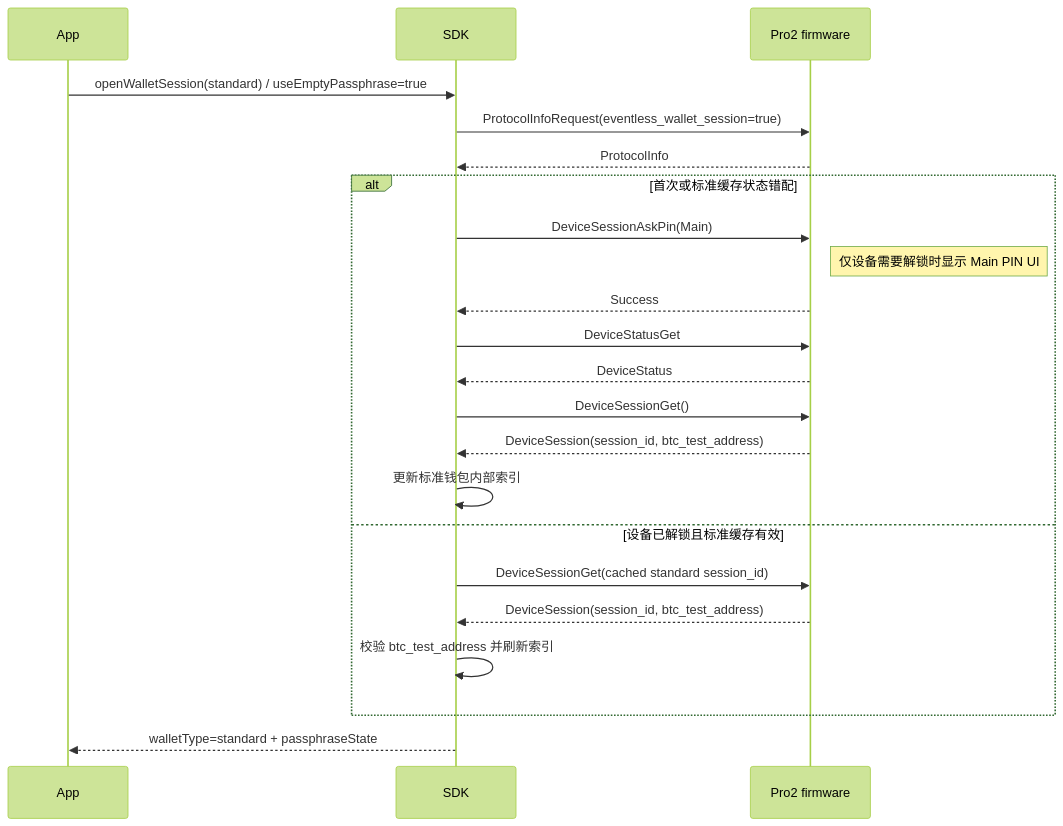
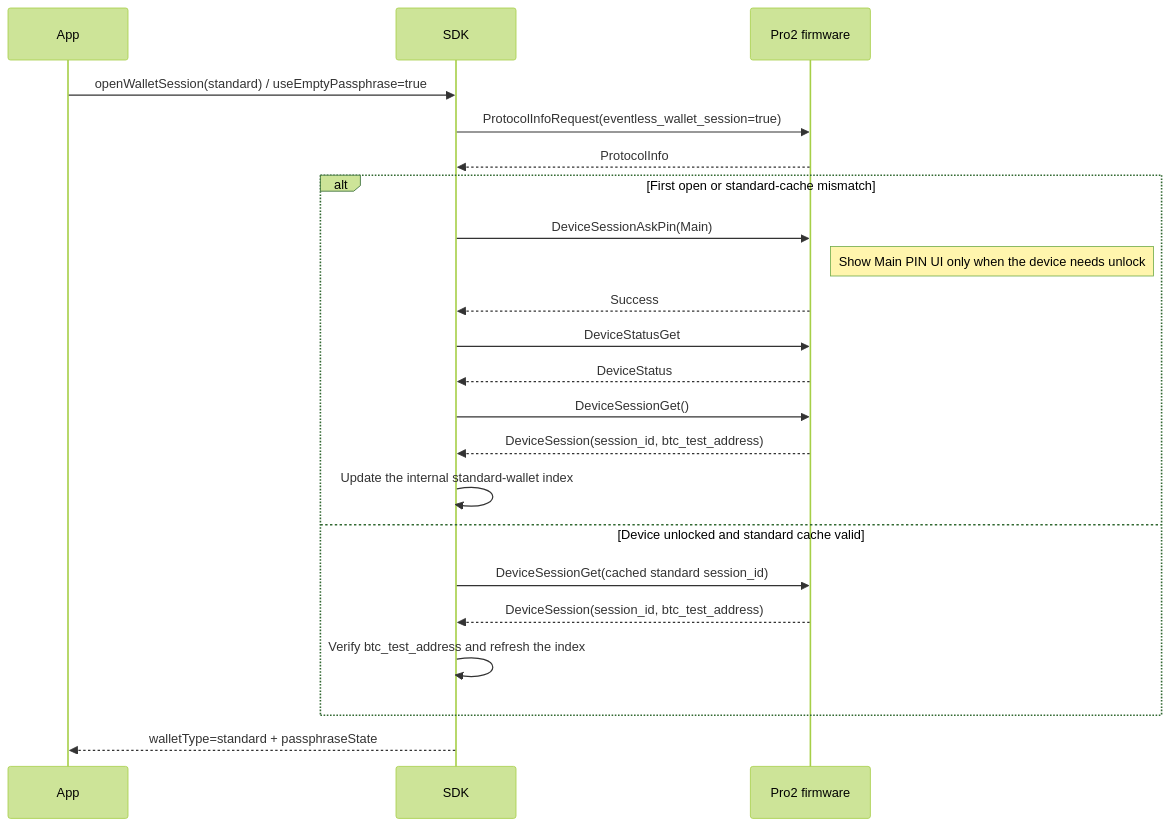
The first of 2 diagrams in docs/sdk/pro2-eventless-migration.md (OneKeyHQ/hardware-js-sdk), drawn with Mermaid (forest theme) before and after one commit. The commit also changed other lines of this file and 13 other files, not shown here.

````diff
--- a/docs/sdk/pro2-eventless-migration.md
+++ b/docs/sdk/pro2-eventless-migration.md
@@ -135,25 +120,25 @@
 ```mermaid
 sequenceDiagram
   participant App
   participant SDK
   participant FW as Pro2 firmware
 
   App->>SDK: openWalletSession(standard) / useEmptyPassphrase=true
   SDK->>FW: ProtocolInfoRequest(eventless_wallet_session=true)
   FW-->>SDK: ProtocolInfo
-  alt 首次或标准缓存状态错配
+  alt First open or standard-cache mismatch
     SDK->>FW: DeviceSessionAskPin(Main)
-    Note right of FW: 仅设备需要解锁时显示 Main PIN UI
+    Note right of FW: Show Main PIN UI only when the device needs unlock
     FW-->>SDK: Success
     SDK->>FW: DeviceStatusGet
     FW-->>SDK: DeviceStatus
     SDK->>FW: DeviceSessionGet()
     FW-->>SDK: DeviceSession(session_id, btc_test_address)
-    SDK->>SDK: 更新标准钱包内部索引
-  else 设备已解锁且标准缓存有效
+    SDK->>SDK: Update the internal standard-wallet index
+  else Device unlocked and standard cache valid
     SDK->>FW: DeviceSessionGet(cached standard session_id)
     FW-->>SDK: DeviceSession(session_id, btc_test_address)
-    SDK->>SDK: 校验 btc_test_address 并刷新索引
+    SDK->>SDK: Verify btc_test_address and refresh the index
   end
   SDK-->>App: walletType=standard + passphraseState
 ```
````
